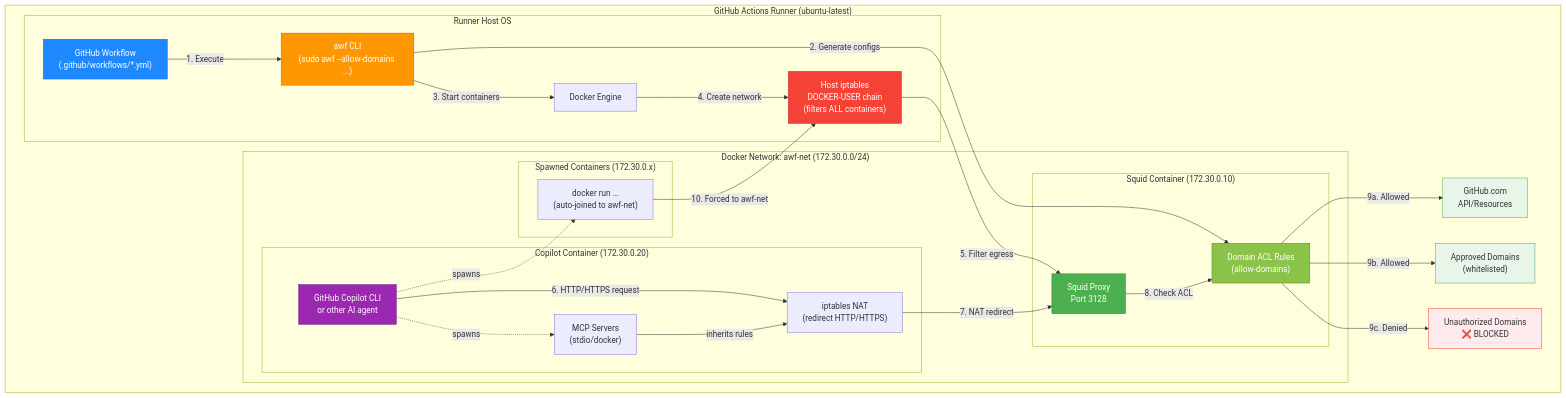
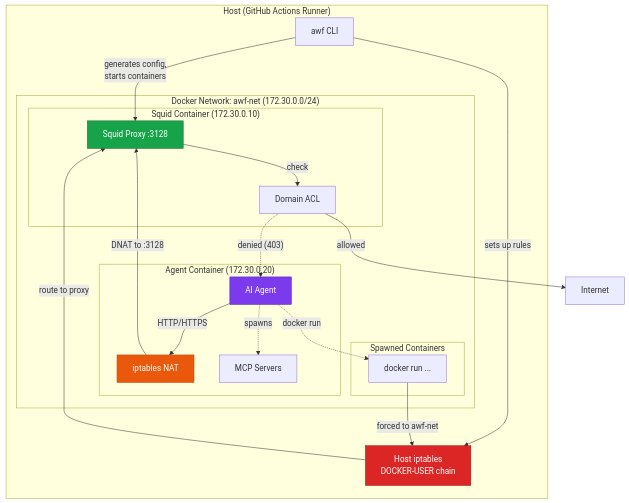
One commit to githubnext/gh-aw-firewall changed the first of 2 diagrams in docs-site/src/content/docs/reference/security-architecture.md. Above: the diagram before and after it, drawn with Mermaid. The commit also changed other lines of this file, not shown here.

Commit message:
docs: update security architecture documentation

````diff
--- a/docs-site/src/content/docs/reference/security-architecture.md
+++ b/docs-site/src/content/docs/reference/security-architecture.md
@@ -60,60 +46,45 @@
 ```mermaid
 graph TB
-    subgraph "GitHub Actions Runner (ubuntu-latest)"
-        subgraph "Runner Host OS"
-            GH_WORKFLOW["GitHub Workflow<br/>(.github/workflows/*.yml)"]
-            AWF_CLI["awf CLI<br/>(sudo awf --allow-domains ...)"]
-            DOCKER_ENGINE["Docker Engine"]
-            HOST_IPTABLES["Host iptables<br/>DOCKER-USER chain<br/>(filters ALL containers)"]
-        end
-        
+    subgraph "Host (GitHub Actions Runner)"
+        CLI["awf CLI"]
+        DOCKER_USER["Host iptables<br/>DOCKER-USER chain"]
+
         subgraph "Docker Network: awf-net (172.30.0.0/24)"
             subgraph "Squid Container (172.30.0.10)"
-                SQUID["Squid Proxy<br/>Port 3128"]
-                SQUID_ACL["Domain ACL Rules<br/>(allow-domains)"]
+                SQUID["Squid Proxy :3128"]
+                ACL["Domain ACL"]
             end
-            
-            subgraph "Copilot Container (172.30.0.20)"
-                COPILOT_IPTABLES["iptables NAT<br/>(redirect HTTP/HTTPS)"]
-                COPILOT_CLI["GitHub Copilot CLI<br/>or other AI agent"]
-                MCP_SERVERS["MCP Servers<br/>(stdio/docker)"]
+
+            subgraph "Agent Container (172.30.0.20)"
+                NAT["iptables NAT"]
+                AGENT["AI Agent"]
+                MCP["MCP Servers"]
             end
-            
-            subgraph "Spawned Containers (172.30.0.x)"
-                SPAWNED["docker run ...<br/>(auto-joined to awf-net)"]
+
+            subgraph "Spawned Containers"
+                CHILD["docker run ..."]
             end
         end
-        
-        GITHUB["GitHub.com<br/>API/Resources"]
-        APPROVED["Approved Domains<br/>(whitelisted)"]
-        BLOCKED["Unauthorized Domains<br/>❌ BLOCKED"]
     end
-    
-    GH_WORKFLOW -->|1. Execute| AWF_CLI
-    AWF_CLI -->|2. Generate configs| SQUID_ACL
-    AWF_CLI -->|3. Start containers| DOCKER_ENGINE
-    DOCKER_ENGINE -->|4. Create network| HOST_IPTABLES
-    HOST_IPTABLES -->|5. Filter egress| SQUID
-    
-    COPILOT_CLI -->|6. HTTP/HTTPS request| COPILOT_IPTABLES
-    COPILOT_IPTABLES -->|7. NAT redirect| SQUID
-    SQUID -->|8. Check ACL| SQUID_ACL
-    SQUID_ACL -->|9a. Allowed| GITHUB
-    SQUID_ACL -->|9b. Allowed| APPROVED
-    SQUID_ACL -->|9c. Denied| BLOCKED
-    
-    COPILOT_CLI -.->|spawns| MCP_SERVERS
-    COPILOT_CLI -.->|spawns| SPAWNED
-    MCP_SERVERS -->|inherits rules| COPILOT_IPTABLES
-    SPAWNED -->|10. Forced to awf-net| HOST_IPTABLES
-    
-    style GH_WORKFLOW fill:#2088FF,stroke:#0969DA,color:#fff
-    style AWF_CLI fill:#FF9800,stroke:#E65100,color:#fff
-    style HOST_IPTABLES fill:#F44336,stroke:#C62828,color:#fff
-    style SQUID fill:#4CAF50,stroke:#2E7D32,color:#fff
-    style SQUID_ACL fill:#8BC34A,stroke:#558B2F,color:#fff
-    style COPILOT_CLI fill:#9C27B0,stroke:#6A1B9A,color:#fff
-    style GITHUB fill:#E8F5E9,stroke:#4CAF50
-    style APPROVED fill:#E8F5E9,stroke:#4CAF50
-    style BLOCKED fill:#FFEBEE,stroke:#F44336
+
+    INTERNET["Internet"]
+
+    CLI -->|"generates config,<br/>starts containers"| SQUID
+    CLI -->|"sets up rules"| DOCKER_USER
+
+    AGENT -->|"HTTP/HTTPS"| NAT
+    NAT -->|"DNAT to :3128"| SQUID
+    SQUID -->|"check"| ACL
+    ACL -->|"allowed"| INTERNET
+    ACL -.->|"denied (403)"| AGENT
+
+    AGENT -.->|"spawns"| MCP
+    AGENT -.->|"docker run"| CHILD
+    CHILD -->|"forced to awf-net"| DOCKER_USER
+    DOCKER_USER -->|"route to proxy"| SQUID
+
+    style DOCKER_USER fill:#dc2626,stroke:#991b1b,color:#fff
+    style SQUID fill:#16a34a,stroke:#166534,color:#fff
+    style NAT fill:#ea580c,stroke:#c2410c,color:#fff
+    style AGENT fill:#7c3aed,stroke:#5b21b6,color:#fff
 ```
````
